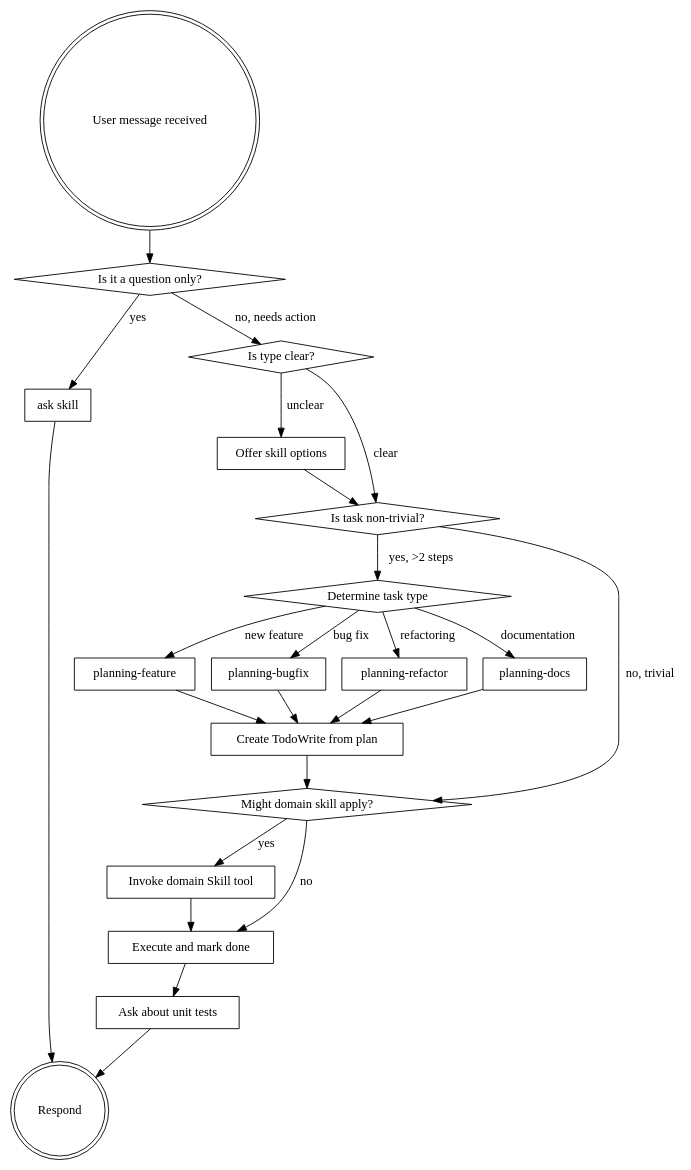
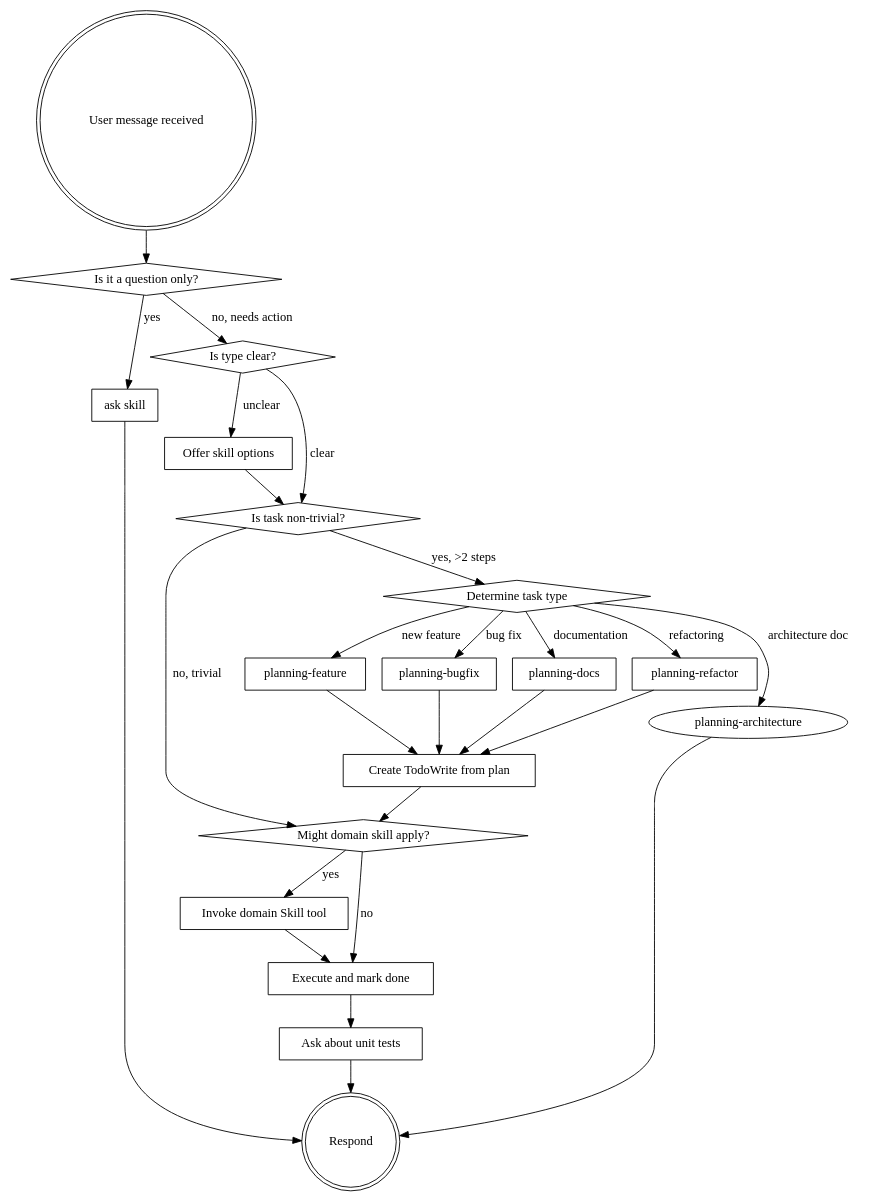
The diagram in skills/radisha-help/SKILL.md (ROCm/rocprofiler-systems-skills), drawn with Graphviz before and after one commit. The commit also changed other lines of this file and 5 other files, not shown here.

````diff
--- a/skills/radisha-help/SKILL.md
+++ b/skills/radisha-help/SKILL.md
@@ -389,45 +390,47 @@
 ```dot
 digraph skill_flow {
     "User message received" [shape=doublecircle];
     "Is it a question only?" [shape=diamond];
     "ask skill" [shape=box];
     "Is type clear?" [shape=diamond];
     "Offer skill options" [shape=box];
     "Is task non-trivial?" [shape=diamond];
     "Determine task type" [shape=diamond];
     "planning-feature" [shape=box];
     "planning-bugfix" [shape=box];
     "planning-refactor" [shape=box];
     "planning-docs" [shape=box];
     "Create TodoWrite from plan" [shape=box];
     "Might domain skill apply?" [shape=diamond];
     "Invoke domain Skill tool" [shape=box];
     "Execute and mark done" [shape=box];
     "Ask about unit tests" [shape=box];
     "Respond" [shape=doublecircle];
 
     "User message received" -> "Is it a question only?";
     "Is it a question only?" -> "ask skill" [label="yes"];
     "ask skill" -> "Respond";
     "Is it a question only?" -> "Is type clear?" [label="no, needs action"];
     "Is type clear?" -> "Offer skill options" [label="unclear"];
     "Offer skill options" -> "Is task non-trivial?";
     "Is type clear?" -> "Is task non-trivial?" [label="clear"];
     "Is task non-trivial?" -> "Determine task type" [label="yes, >2 steps"];
     "Is task non-trivial?" -> "Might domain skill apply?" [label="no, trivial"];
     "Determine task type" -> "planning-feature" [label="new feature"];
     "Determine task type" -> "planning-bugfix" [label="bug fix"];
     "Determine task type" -> "planning-refactor" [label="refactoring"];
     "Determine task type" -> "planning-docs" [label="documentation"];
+    "Determine task type" -> "planning-architecture" [label="architecture doc"];
+    "planning-architecture" -> "Respond";
     "planning-feature" -> "Create TodoWrite from plan";
     "planning-bugfix" -> "Create TodoWrite from plan";
     "planning-refactor" -> "Create TodoWrite from plan";
     "planning-docs" -> "Create TodoWrite from plan";
     "Create TodoWrite from plan" -> "Might domain skill apply?";
     "Might domain skill apply?" -> "Invoke domain Skill tool" [label="yes"];
     "Might domain skill apply?" -> "Execute and mark done" [label="no"];
     "Invoke domain Skill tool" -> "Execute and mark done";
     "Execute and mark done" -> "Ask about unit tests";
     "Ask about unit tests" -> "Respond";
 }
 ```
````
